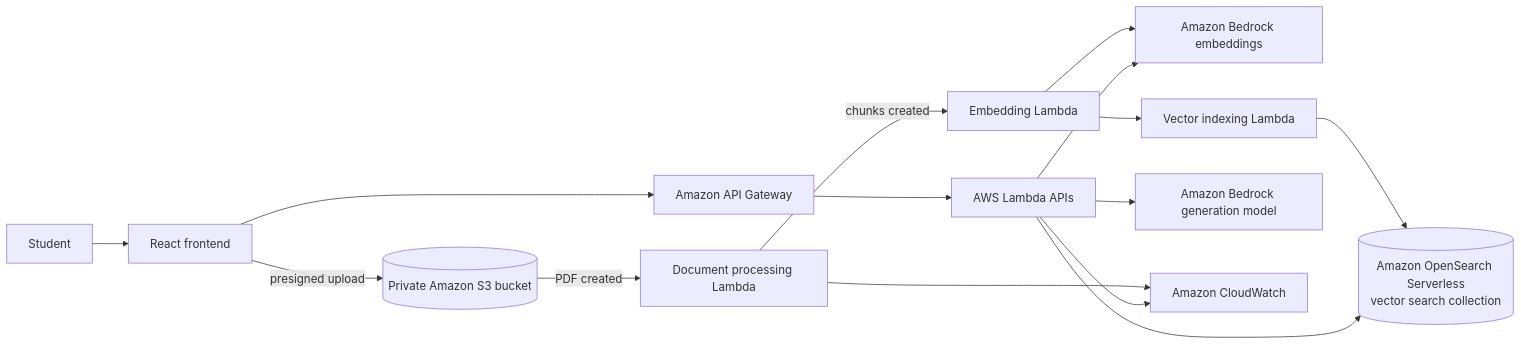
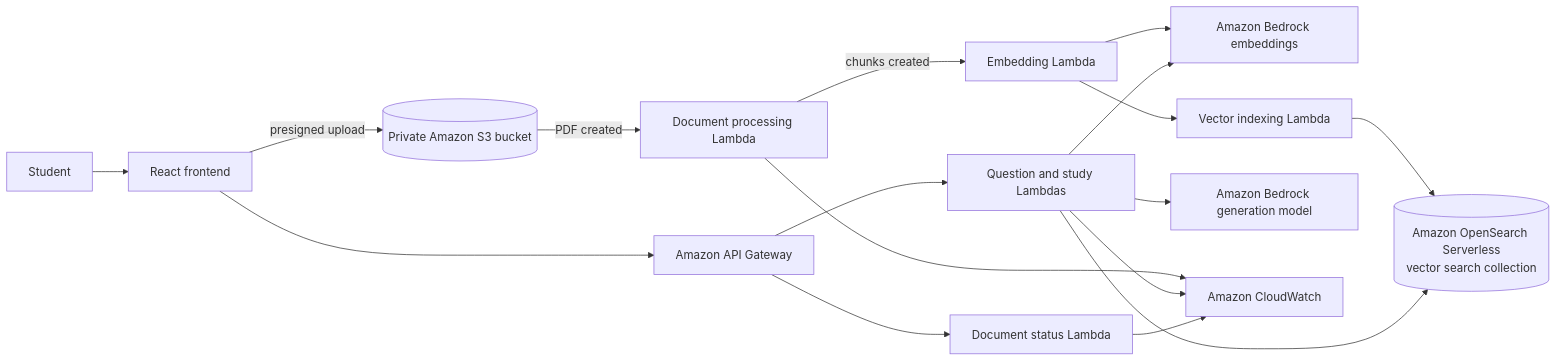
The diagram in README.md (TarunV750/ai-study-assistant), drawn with Mermaid before and after one commit. The commit also changed other lines of this file and 4 other files, not shown here.

````diff
--- a/README.md
+++ b/README.md
@@ -58,17 +78,19 @@
 ```mermaid
 flowchart LR
     U[Student] --> F[React frontend]
     F --> A[Amazon API Gateway]
-    A --> L[AWS Lambda APIs]
+    A --> Q[Question and study Lambdas]
+    A --> D[Document status Lambda]
     F -->|presigned upload| S[(Private Amazon S3 bucket)]
     S -->|PDF created| P[Document processing Lambda]
     P -->|chunks created| E[Embedding Lambda]
     E --> B[Amazon Bedrock embeddings]
     E --> I[Vector indexing Lambda]
     I --> O[(Amazon OpenSearch Serverless<br/>vector search collection)]
-    L --> B
-    L --> O
-    L --> G[Amazon Bedrock generation model]
+    Q --> B
+    Q --> O
+    Q --> G[Amazon Bedrock generation model]
     P --> C[Amazon CloudWatch]
-    L --> C
+    Q --> C
+    D --> C
 ```
````
